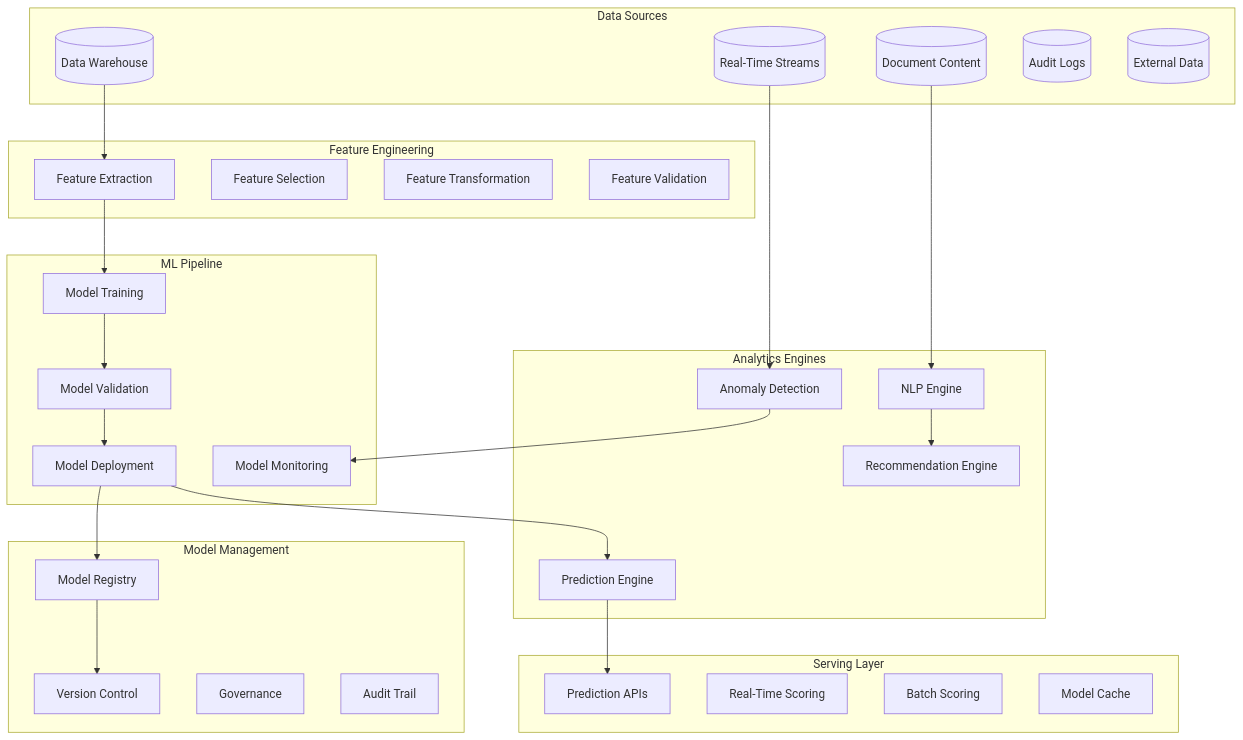
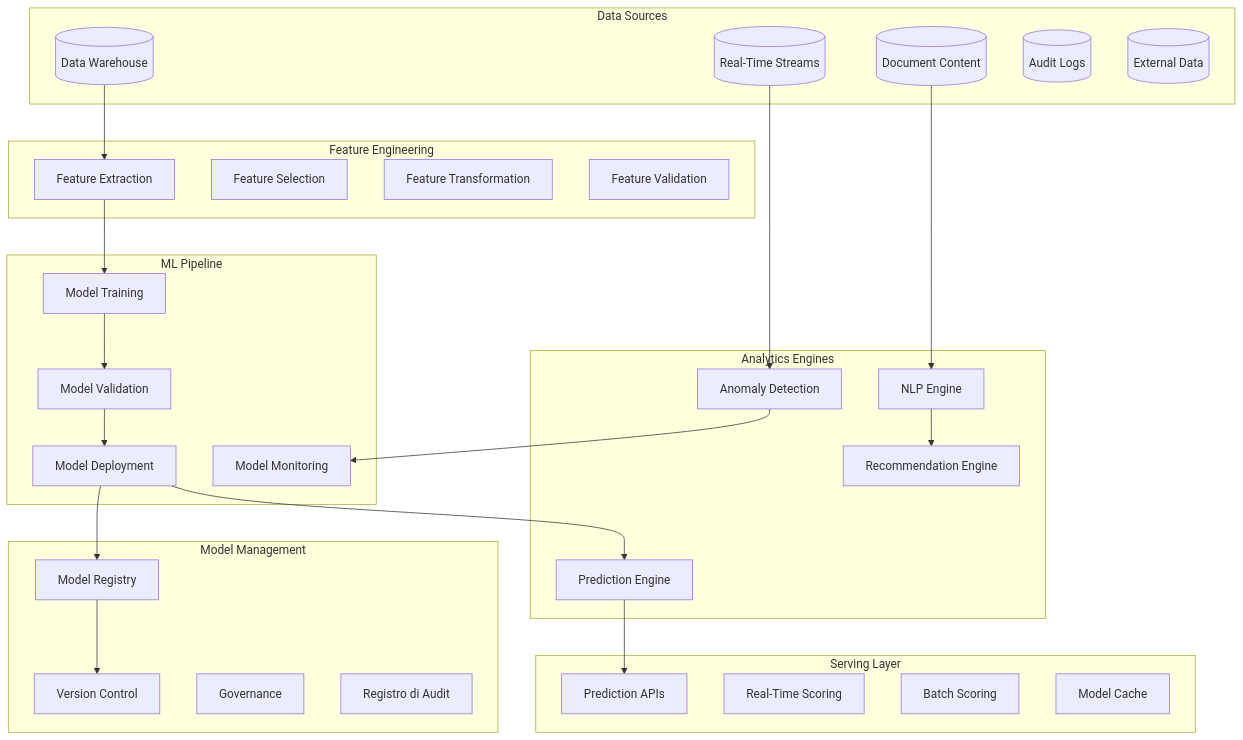
Before and after one commit to gianlucaciarcelluti/Interzen.ZenIA: the diagram in docs/use_cases/UC11 - Analisi Dati e Reporting/01 SP60 - Analitiche Avanzate e Machine Learning.md, drawn with Mermaid. The commit also changed other lines of this file and 73 other files, not shown here.

````diff
--- a/docs/use_cases/UC11 - Analisi Dati e Reporting/01 SP60 - Analitiche Avanzate e Machine Learning.md
+++ b/docs/use_cases/UC11 - Analisi Dati e Reporting/01 SP60 - Analitiche Avanzate e Machine Learning.md
@@ -17,58 +17,58 @@
 ```mermaid
 graph TB
     subgraph "Data Sources"
         DW[(Data Warehouse)]
         RT[(Real-Time Streams)]
         DOC[(Document Content)]
         AUDIT[(Audit Logs)]
         EXT[(External Data)]
     end
 
     subgraph "Feature Engineering"
         FE1[Feature Extraction]
         FE2[Feature Selection]
         FE3[Feature Transformation]
         FE4[Feature Validation]
     end
 
     subgraph "ML Pipeline"
         TRAIN[Model Training]
         VALID[Model Validation]
         DEPLOY[Model Deployment]
         MONITOR[Model Monitoring]
     end
 
     subgraph "Analytics Engines"
         PRED[Prediction Engine]
         NLP[NLP Engine]
         REC[Recommendation Engine]
         ANOM[Anomaly Detection]
     end
 
     subgraph "Model Management"
         REG[Model Registry]
         VER[Version Control]
         GOV[Governance]
-        AUD[Audit Trail]
+        AUD[Registro di Audit]
     end
 
     subgraph "Serving Layer"
         API[Prediction APIs]
         STREAM[Real-Time Scoring]
         BATCH[Batch Scoring]
         CACHE[Model Cache]
     end
 
     DW --> FE1
     FE1 --> TRAIN
     TRAIN --> VALID
     VALID --> DEPLOY
     DEPLOY --> PRED
     PRED --> API
     DOC --> NLP
     NLP --> REC
     RT --> ANOM
     ANOM --> MONITOR
     DEPLOY --> REG
     REG --> VER
 ```
````
